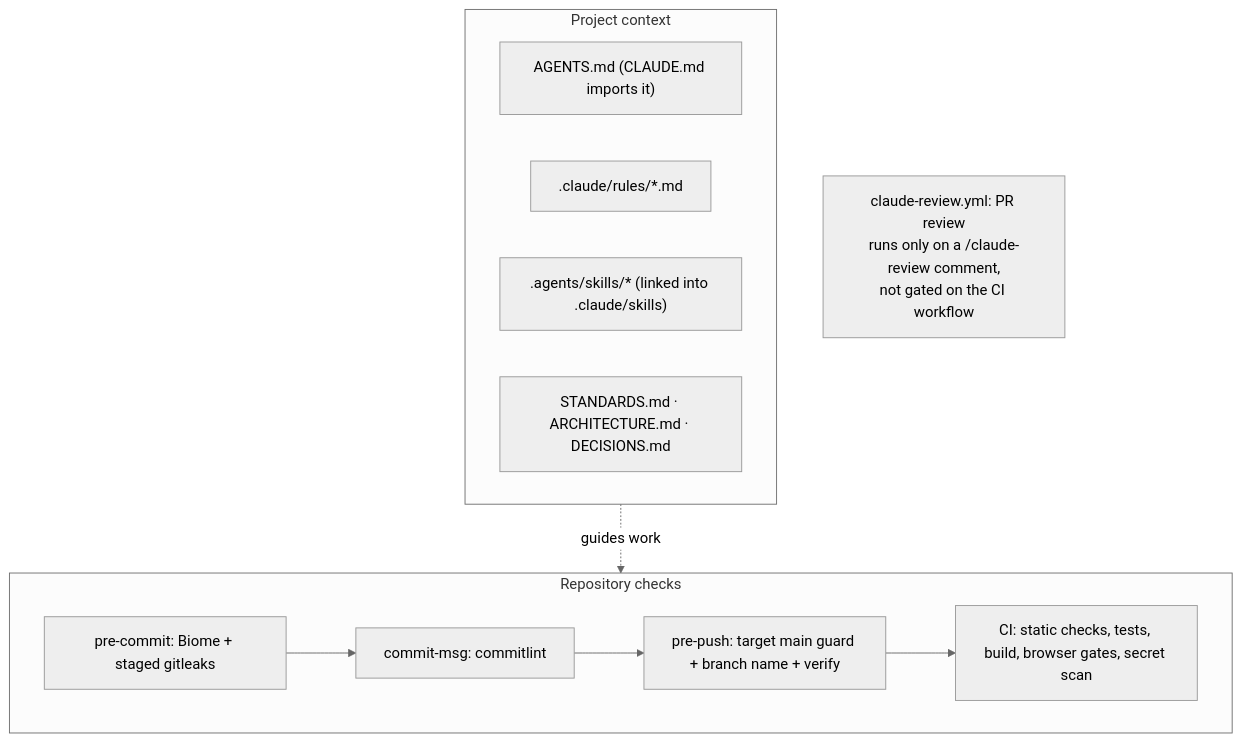
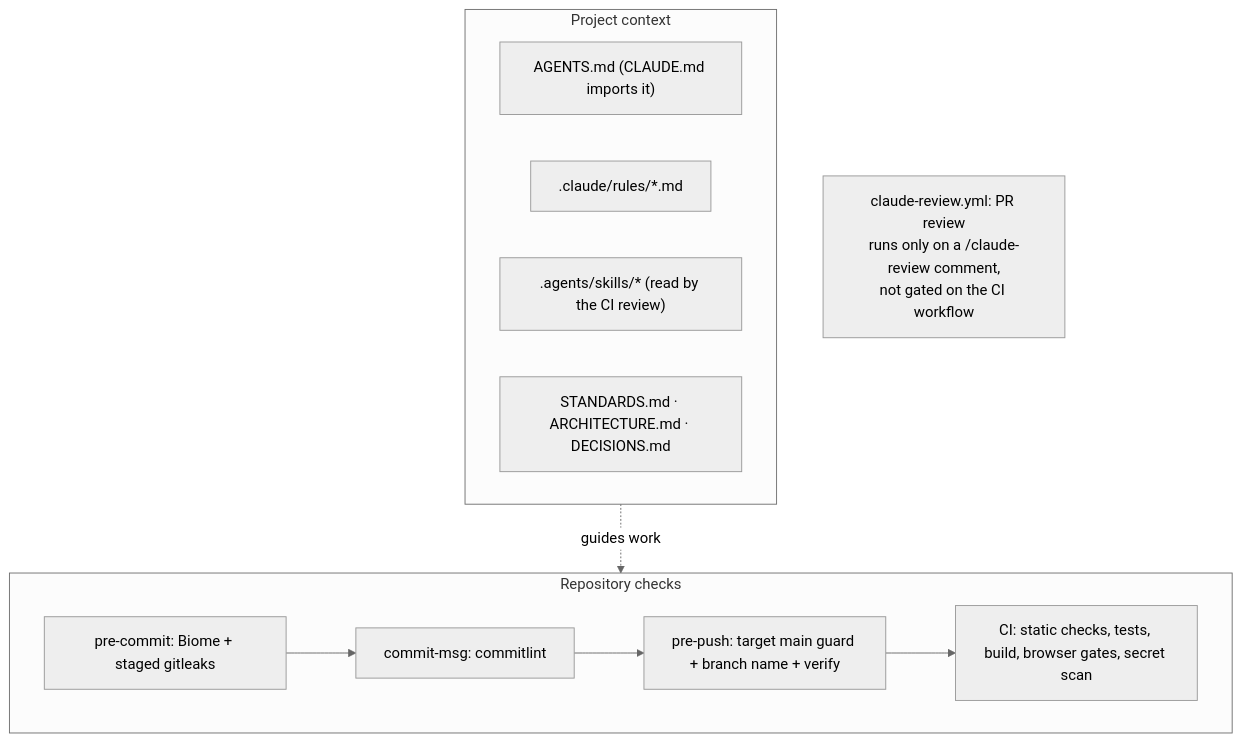
Before and after one commit to erikunha/portfolio: the diagram in docs/06-ai-development.md, drawn with Mermaid (neutral theme). The commit also changed other lines of this file and 1454 other files, not shown here.

First line of the commit message:
refactor(architecture): milestones M0 to M14 and native ci:full (#423)

````diff
--- a/docs/06-ai-development.md
+++ b/docs/06-ai-development.md
@@ -7,19 +7,19 @@
 ```mermaid
 flowchart TB
     subgraph ctx["Project context"]
         cl["AGENTS.md (CLAUDE.md imports it)"]
         rules[".claude/rules/*.md"]
-        skills[".agents/skills/* (linked into .claude/skills)"]
+        skills[".agents/skills/* (read by the CI review)"]
         docs["STANDARDS.md · ARCHITECTURE.md · DECISIONS.md"]
     end
     subgraph checks["Repository checks"]
         commit["pre-commit: Biome + staged gitleaks"]
         msg["commit-msg: commitlint"]
         push["pre-push: target main guard + branch name + verify"]
         ci["CI: static checks, tests, build, browser gates, secret scan"]
     end
     ctx -. guides work .-> checks
     commit --> msg
     msg --> push --> ci
     review["claude-review.yml: PR review<br/>runs only on a /claude-review comment,<br/>not gated on the CI workflow"]
 ```
````
